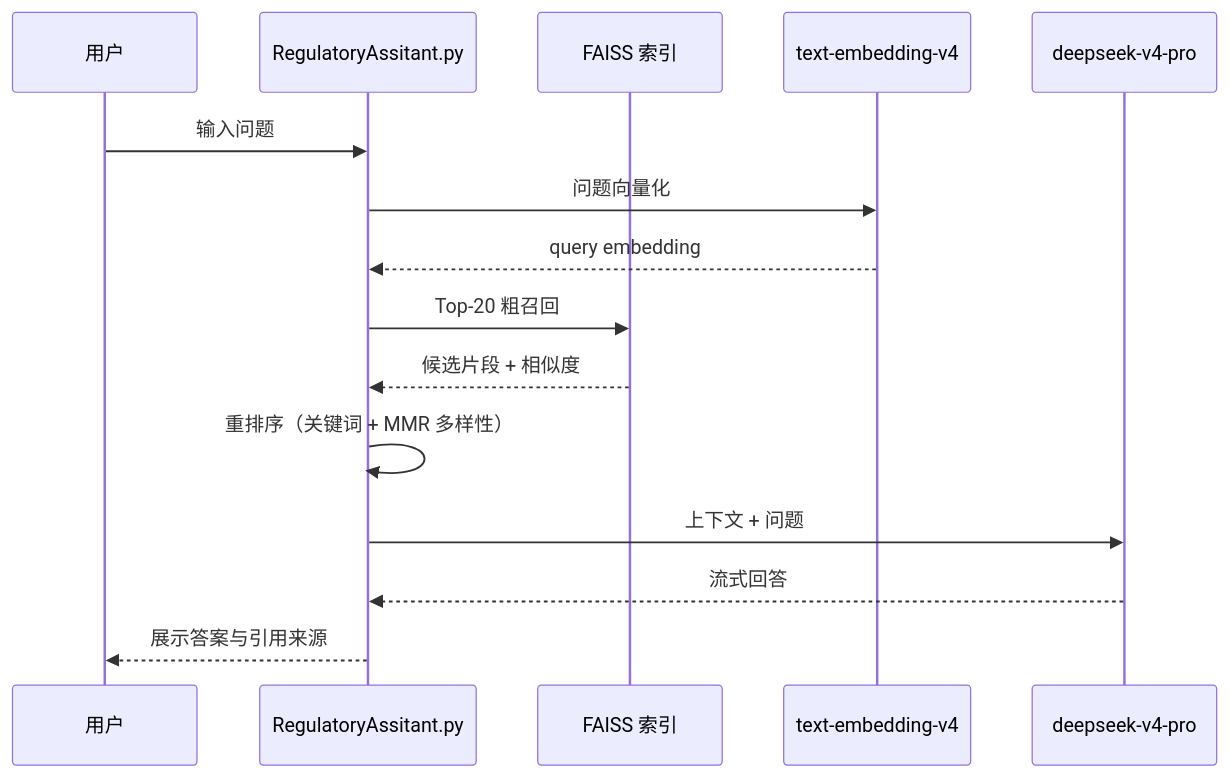
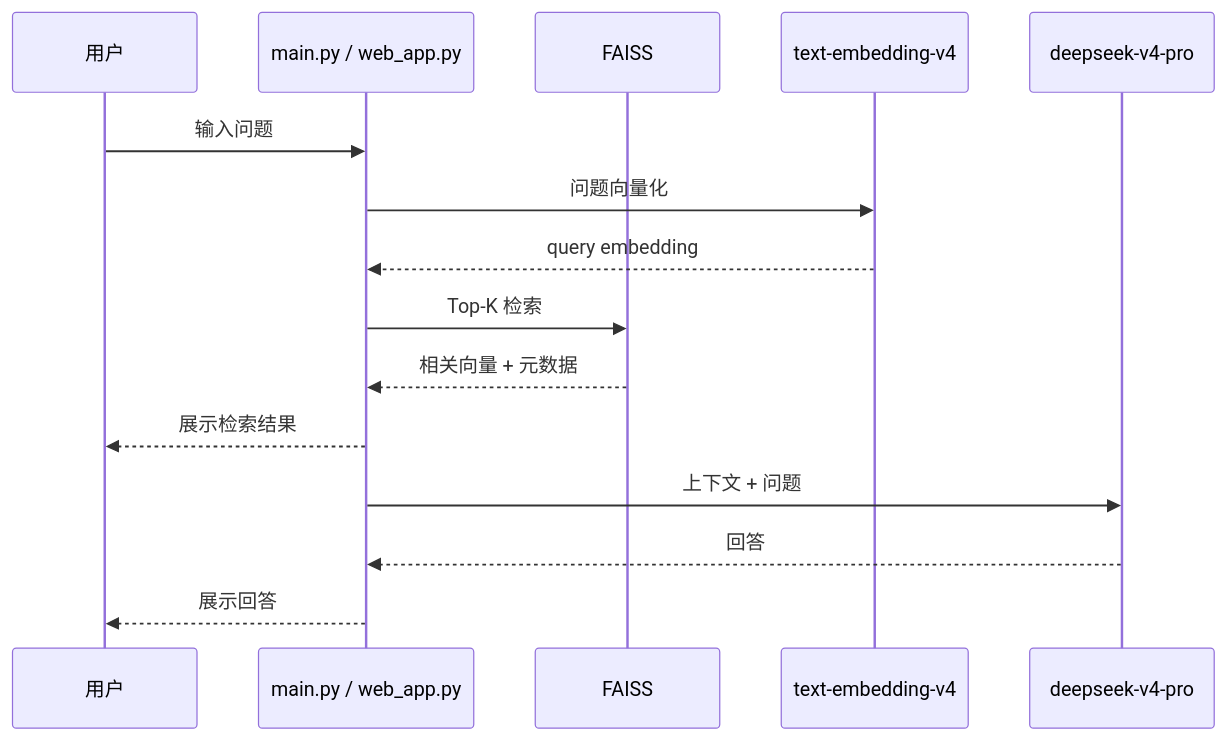
One commit to lxrmstfnes/A--Learning changed the diagram in RAG/README.md. Above: the diagram before and after it, drawn with Mermaid. The commit also changed other lines of this file and 52 other files, not shown here.

````diff
--- a/RAG/README.md
+++ b/RAG/README.md
@@ -55,18 +99,18 @@
 ```mermaid
 sequenceDiagram
     participant U as 用户
-    participant R as RegulatoryAssitant.py
-    participant F as FAISS 索引
+    participant W as main.py / web_app.py
+    participant F as FAISS
     participant E as text-embedding-v4
     participant D as deepseek-v4-pro
 
-    U->>R: 输入问题
-    R->>E: 问题向量化
-    E-->>R: query embedding
-    R->>F: Top-20 粗召回
-    F-->>R: 候选片段 + 相似度
-    R->>R: 重排序（关键词 + MMR 多样性）
-    R->>D: 上下文 + 问题
-    D-->>R: 流式回答
-    R-->>U: 展示答案与引用来源
+    U->>W: 输入问题
+    W->>E: 问题向量化
+    E-->>W: query embedding
+    W->>F: Top-K 检索
+    F-->>W: 相关向量 + 元数据
+    W-->>U: 展示检索结果
+    W->>D: 上下文 + 问题
+    D-->>W: 回答
+    W-->>U: 展示回答
 ```
````
